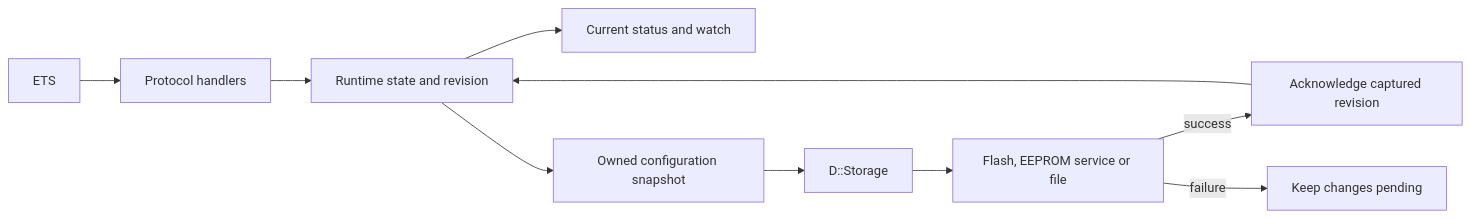
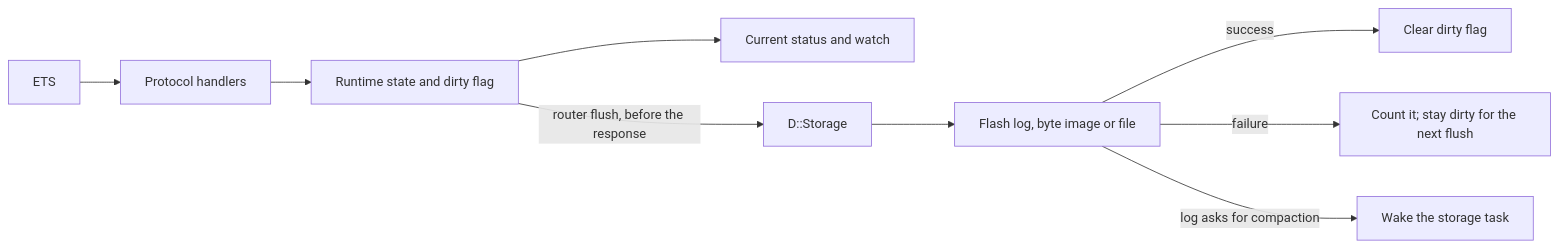
One commit to ntrnnr/zweidraehte changed the third of 3 diagrams in docs/STACK_ARCHITECTURE.md. Above: the diagram before and after it, drawn with Mermaid. The commit also changed other lines of this file and 3 other files, not shown here.

````diff
--- a/docs/STACK_ARCHITECTURE.md
+++ b/docs/STACK_ARCHITECTURE.md
@@ -1658,12 +1658,11 @@
 ```mermaid
 flowchart LR
     ETS --> Protocol[Protocol handlers]
-    Protocol --> State[Runtime state and revision]
+    Protocol --> State[Runtime state and dirty flag]
     State --> Status[Current status and watch]
-    State --> Snapshot[Owned configuration snapshot]
-    Snapshot --> Storage["D::Storage"]
-    Storage --> Backend[Flash, EEPROM service or file]
-    Backend -->|success| Ack[Acknowledge captured revision]
-    Ack --> State
-    Backend -->|failure| Retry[Keep changes pending]
+    State -->|router flush, before the response| Storage["D::Storage"]
+    Storage --> Backend[Flash log, byte image or file]
+    Backend -->|success| Clear[Clear dirty flag]
+    Backend -->|failure| Retry[Count it; stay dirty for the next flush]
+    Backend -->|log asks for compaction| Task[Wake the storage task]
 ```
````
